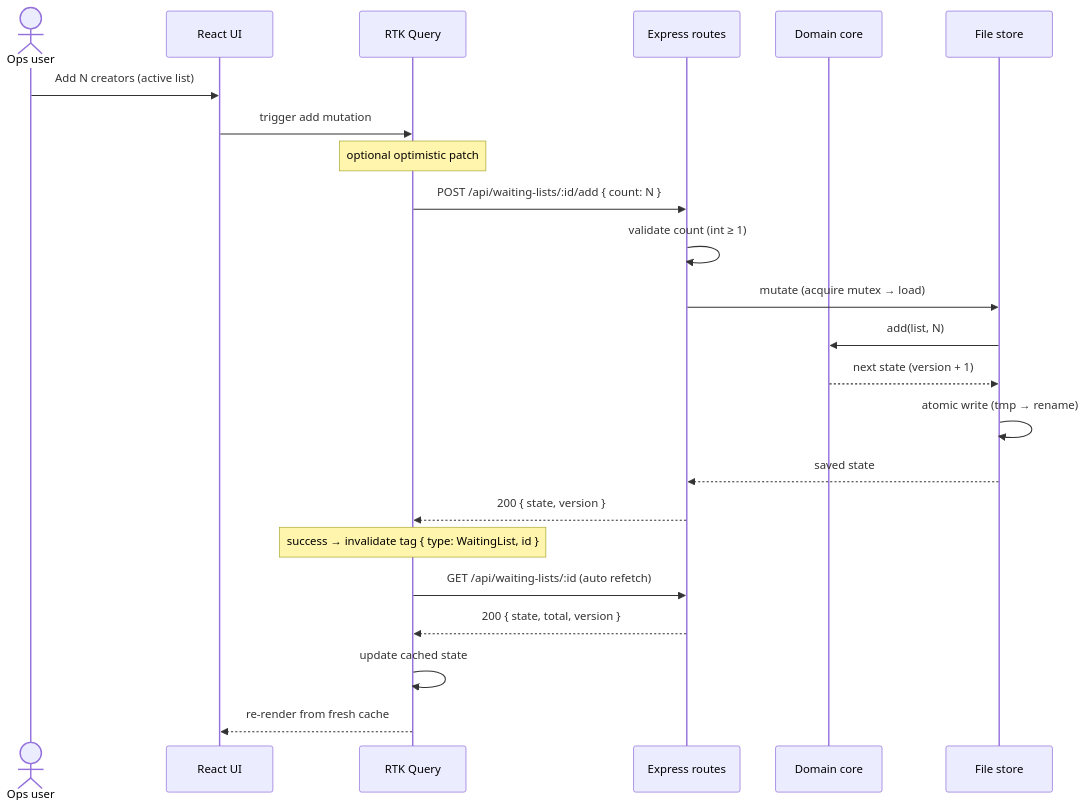
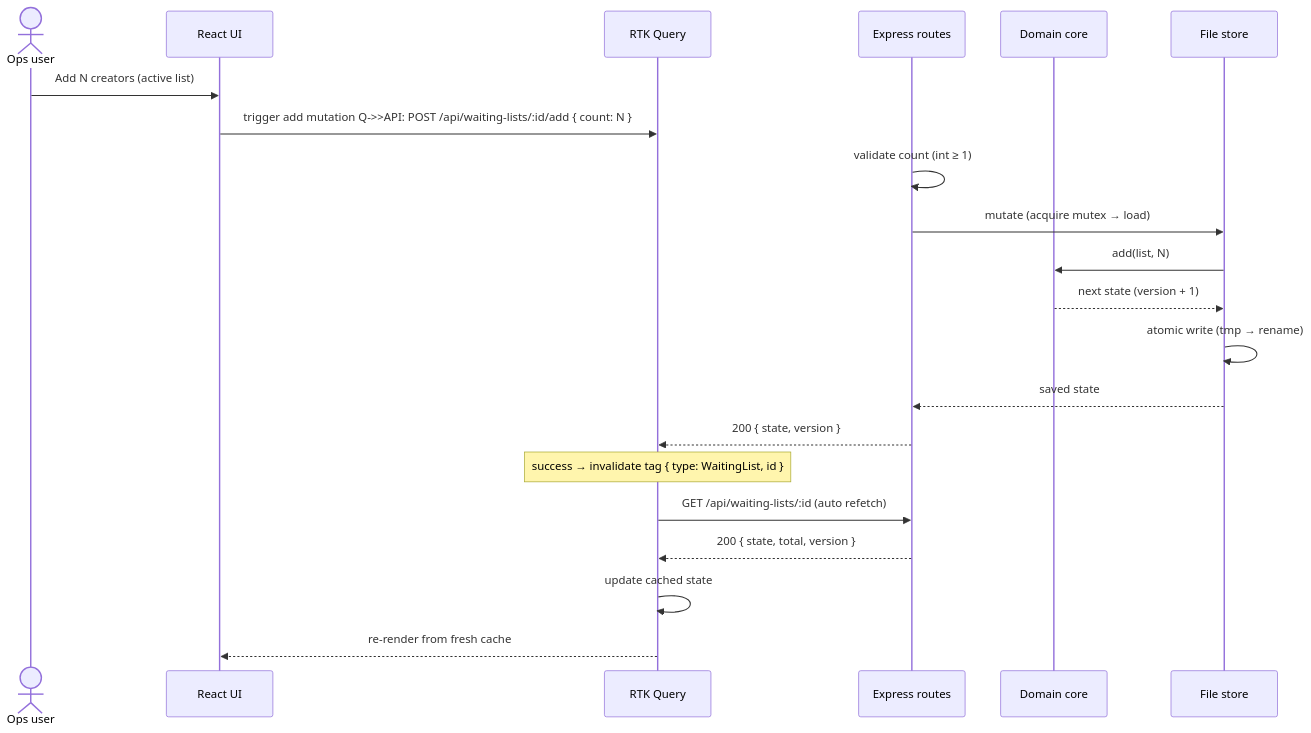
The second of 6 diagrams in docs/architecture.md (anch09/cohort-waiting-list), drawn with Mermaid before and after one commit. The commit also changed other lines of this file and 3 other files, not shown here.

````diff
--- a/docs/architecture.md
+++ b/docs/architecture.md
@@ -74,26 +74,24 @@
 ```mermaid
 sequenceDiagram
   actor U as Ops user
   participant UI as React UI
   participant Q as RTK Query
   participant API as Express routes
   participant D as Domain core
   participant S as File store
 
   U->>UI: Add N creators (active list)
-  UI->>Q: trigger add mutation
-  Note over Q: optional optimistic patch
-  Q->>API: POST /api/waiting-lists/:id/add { count: N }
+  UI->>Q: trigger add mutation  Q->>API: POST /api/waiting-lists/:id/add { count: N }
   API->>API: validate count (int ≥ 1)
   API->>S: mutate (acquire mutex → load)
   S->>D: add(list, N)
   D-->>S: next state (version + 1)
   S->>S: atomic write (tmp → rename)
   S-->>API: saved state
   API-->>Q: 200 { state, version }
   Note over Q: success → invalidate tag { type: WaitingList, id }
   Q->>API: GET /api/waiting-lists/:id  (auto refetch)
   API-->>Q: 200 { state, total, version }
   Q->>Q: update cached state
   Q-->>UI: re-render from fresh cache
 ```
````
